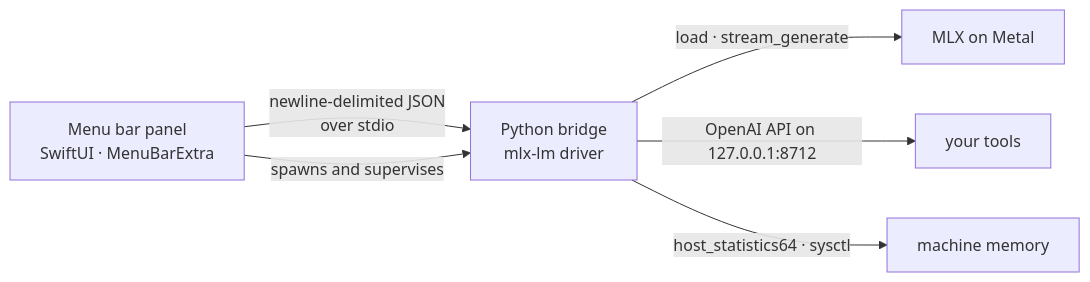
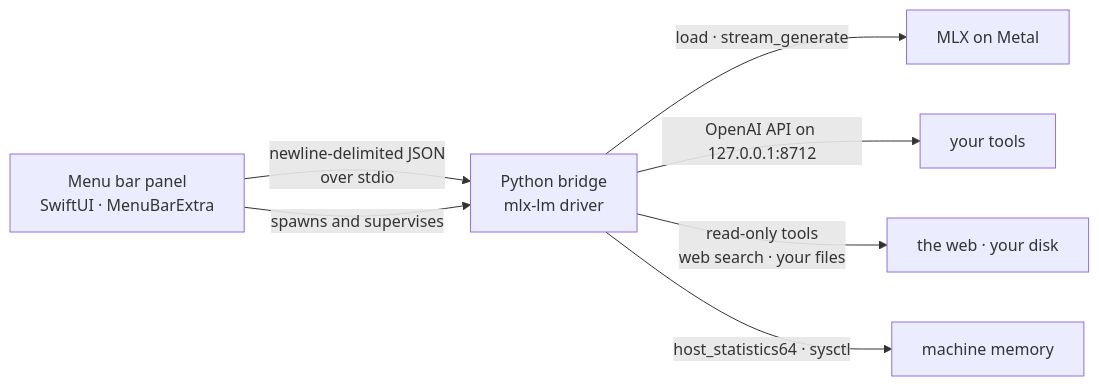
Before and after one commit to pythongiant/SlamLM: the diagram in README.md, drawn with Mermaid. The commit also changed other lines of this file and 11 other files, not shown here.

````diff
--- a/README.md
+++ b/README.md
@@ -179,8 +229,9 @@
 ```mermaid
 flowchart LR
   UI["Menu bar panel<br/>SwiftUI · MenuBarExtra"] -- "newline-delimited JSON<br/>over stdio" --> BR["Python bridge<br/>mlx-lm driver"]
   BR -- "load · stream_generate" --> MLX["MLX on Metal"]
   BR -- "OpenAI API on 127.0.0.1:8712" --> YOU["your tools"]
+  BR -- "read-only tools<br/>web search · your files" --> EXT["the web · your disk"]
   BR -- "host_statistics64 · sysctl" --> SYS["machine memory"]
   UI -- "spawns and supervises" --> BR
 ```
````
